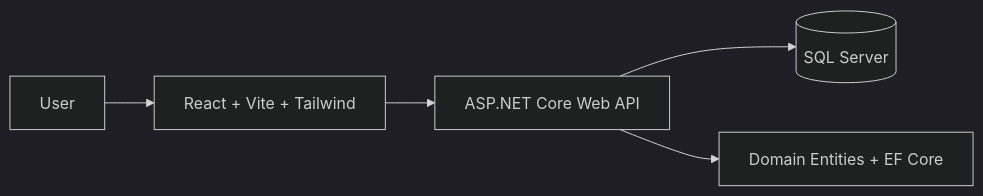
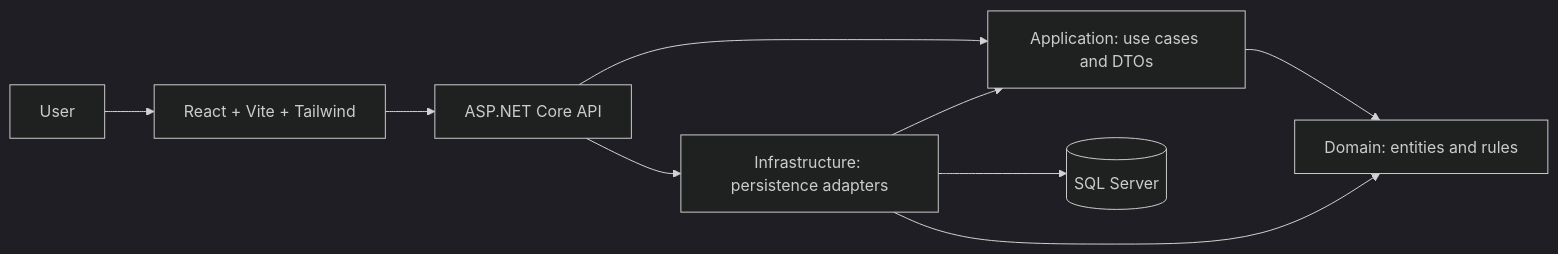
The diagram in README.md (nafaji/product-crud-app), drawn with Mermaid (dark theme) before and after one commit. The commit also changed other lines of this file and 242 other files, not shown here.

````diff
--- a/README.md
+++ b/README.md
@@ -303,7 +242,11 @@
 ```mermaid
 flowchart LR
     User[User] --> Frontend[React + Vite + Tailwind]
-    Frontend --> API[ASP.NET Core Web API]
-    API --> DB[(SQL Server)]
-    API --> Domain[Domain Entities + EF Core]
+  Frontend --> API[ASP.NET Core API]
+  API --> Application[Application: use cases and DTOs]
+  API --> Infrastructure[Infrastructure: persistence adapters]
+  Application --> Domain[Domain: entities and rules]
+  Infrastructure --> Application
+  Infrastructure --> Domain
+  Infrastructure --> DB[(SQL Server)]
 ```
````
